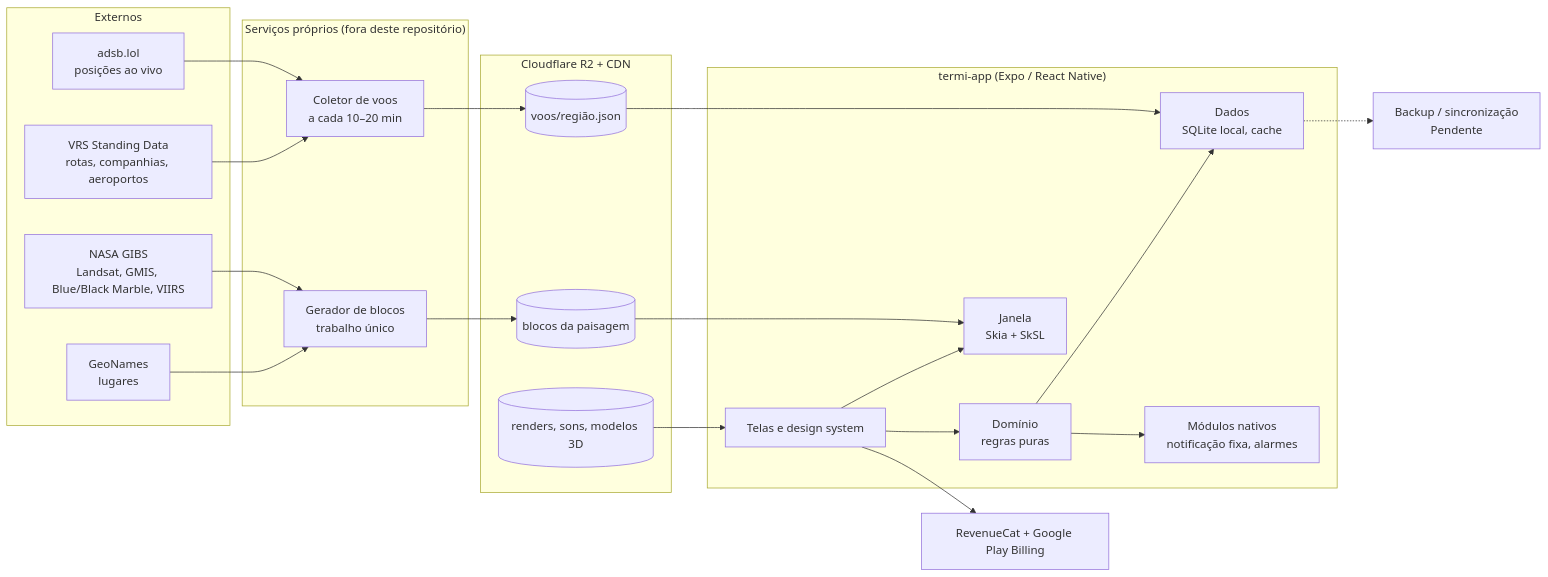
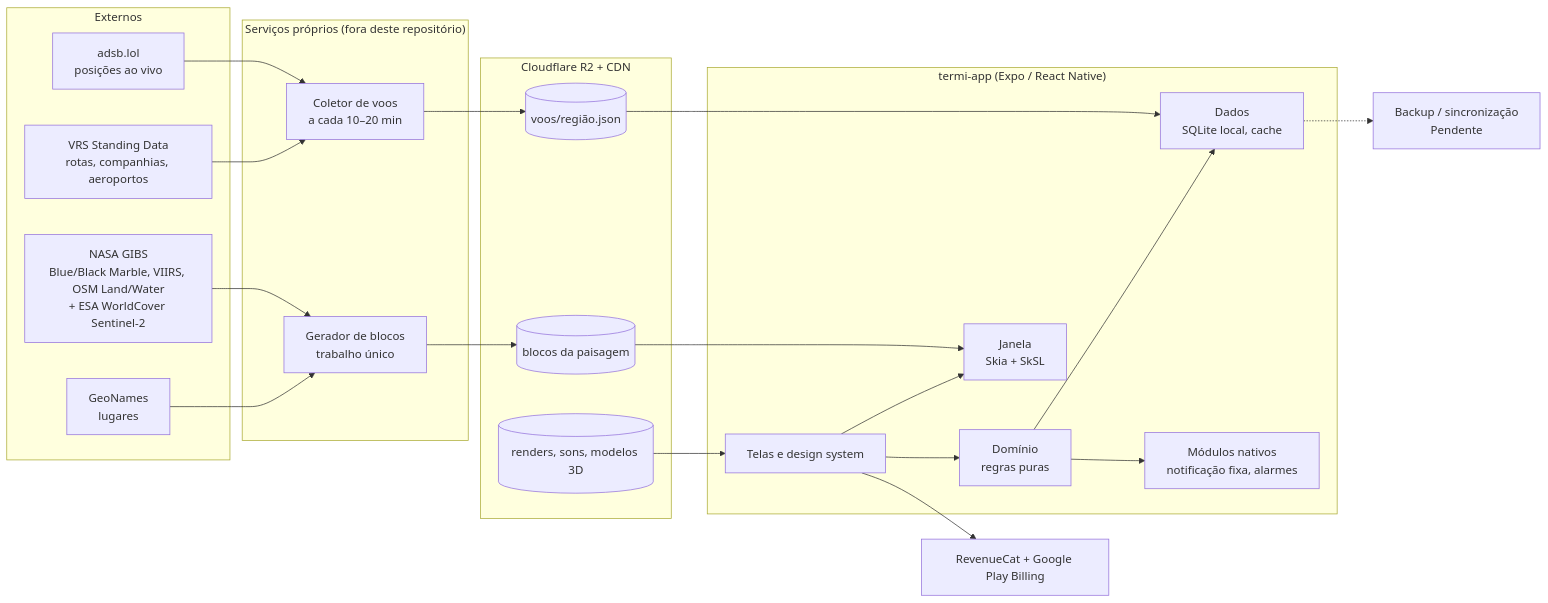
Before and after one commit to albertocolombara/termi-app: the first of 5 diagrams in ARCHITECTURE.md, drawn with Mermaid. The commit also changed other lines of this file and 15 other files, not shown here.

````diff
--- a/ARCHITECTURE.md
+++ b/ARCHITECTURE.md
@@ -16,45 +16,45 @@
 ```mermaid
 flowchart LR
   subgraph Externos
     ADSB[adsb.lol<br/>posições ao vivo]
     VRS[VRS Standing Data<br/>rotas, companhias, aeroportos]
-    GIBS[NASA GIBS<br/>Landsat, GMIS, Blue/Black Marble, VIIRS]
+    GIBS[NASA GIBS<br/>Blue/Black Marble, VIIRS, OSM Land/Water<br/>+ ESA WorldCover Sentinel-2]
     GEO[GeoNames<br/>lugares]
   end
 
   subgraph Servidor["Serviços próprios (fora deste repositório)"]
     COL[Coletor de voos<br/>a cada 10–20 min]
     TILEGEN[Gerador de blocos<br/>trabalho único]
   end
 
   subgraph CDN["Cloudflare R2 + CDN"]
     FJSON[(voos/região.json)]
     TILES[(blocos da paisagem)]
     ASSETS[(renders, sons, modelos 3D)]
   end
 
   subgraph App["termi-app (Expo / React Native)"]
     UI[Telas e design system]
     DOM[Domínio<br/>regras puras]
     DATA[Dados<br/>SQLite local, cache]
     WIN[Janela<br/>Skia + SkSL]
     NAT[Módulos nativos<br/>notificação fixa, alarmes]
   end
 
   RC[RevenueCat + Google Play Billing]
   SYNC[Backup / sincronização<br/>Pendente]
 
   ADSB --> COL
   VRS --> COL
   COL --> FJSON
   GIBS --> TILEGEN --> TILES
   GEO --> TILEGEN
   FJSON --> DATA
   TILES --> WIN
   ASSETS --> UI
   UI --> DOM --> DATA
   UI --> WIN
   DOM --> NAT
   UI --> RC
   DATA -.-> SYNC
 ```
````
